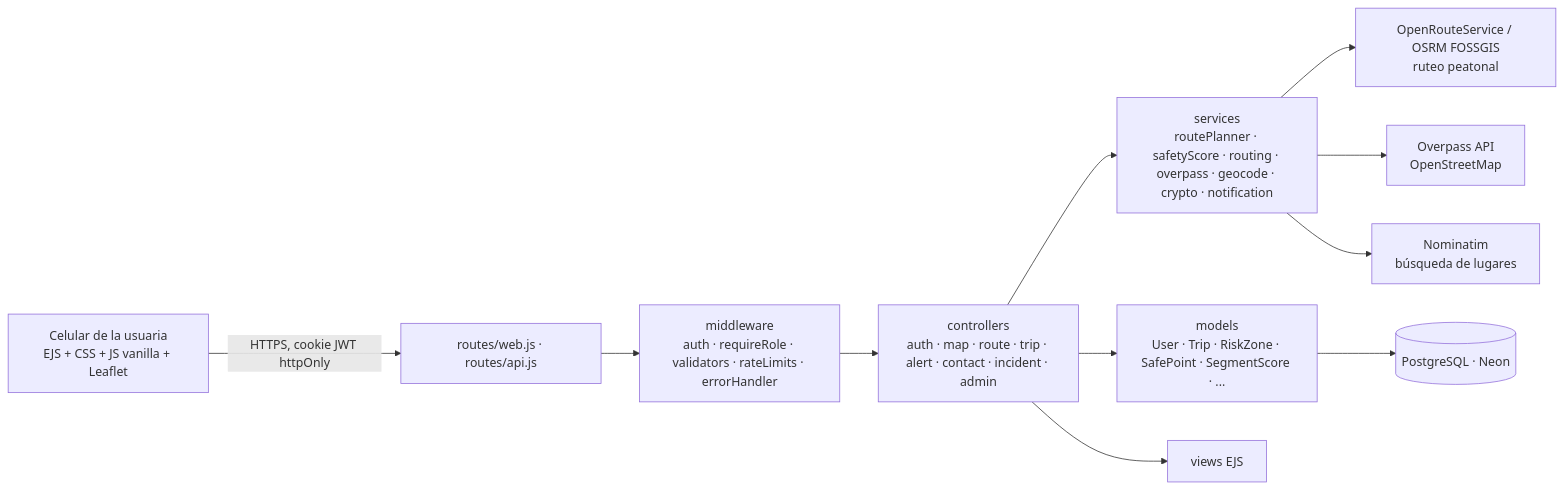
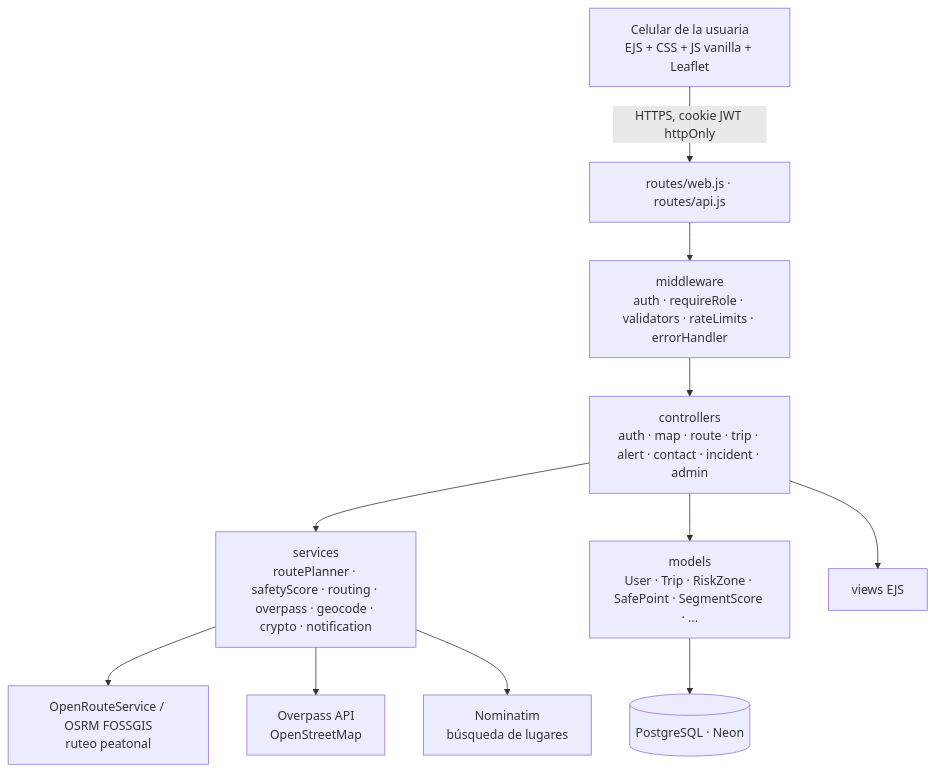
One commit to MoralesNicolas/rutassegurasgirardot changed the diagram in docs/ARQUITECTURA.md. Above: the diagram before and after it, drawn with Mermaid. The commit also changed 5 other files, not shown here.

````diff
--- a/docs/ARQUITECTURA.md
+++ b/docs/ARQUITECTURA.md
@@ -14,13 +14,13 @@
 ```mermaid
-flowchart LR
+flowchart TB
   U[Celular de la usuaria<br/>EJS + CSS + JS vanilla + Leaflet] -->|HTTPS, cookie JWT httpOnly| R[routes/web.js · routes/api.js]
   R --> MW[middleware<br/>auth · requireRole · validators · rateLimits · errorHandler]
   MW --> C[controllers<br/>auth · map · route · trip · alert · contact · incident · admin]
   C --> S[services<br/>routePlanner · safetyScore · routing · overpass · geocode · crypto · notification]
   C --> M[models<br/>User · Trip · RiskZone · SafePoint · SegmentScore · ...]
   M --> DB[(PostgreSQL · Neon)]
   S --> ORS[OpenRouteService / OSRM FOSSGIS<br/>ruteo peatonal]
   S --> OVP[Overpass API<br/>OpenStreetMap]
   S --> NOM[Nominatim<br/>búsqueda de lugares]
   C --> V[views EJS]
 ```
````
